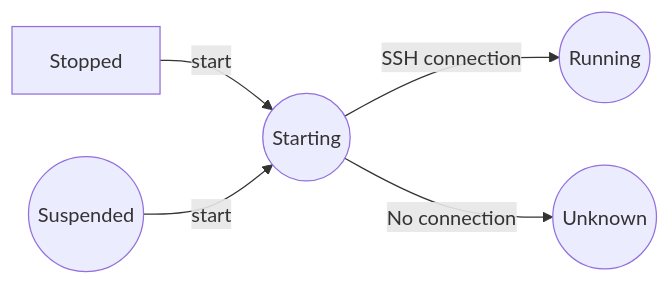
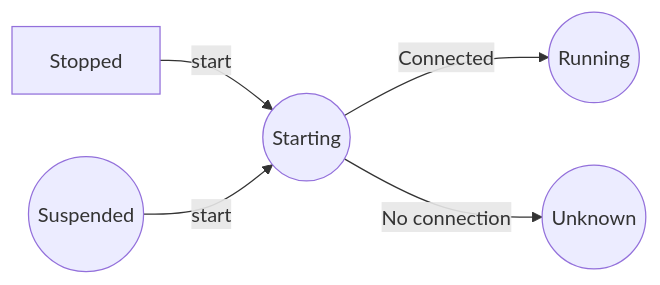
Before and after one commit to canonical/multipass: the second of 8 diagrams in docs/explanation/state-transitions.md, drawn with Mermaid. The commit also changed other lines of this file, not shown here.

````diff
--- a/docs/explanation/state-transitions.md
+++ b/docs/explanation/state-transitions.md
@@ -50,7 +78,7 @@
 ```{mermaid}
 flowchart LR
     Stopped[Stopped] -->|start| Starting((Starting))
     Suspended((Suspended)) -->|start| Starting
-    Starting -->|SSH connection| Running((Running))
+    Starting -->|Connected| Running((Running))
     Starting -->|No connection| Unknown((Unknown))
 ```
````
